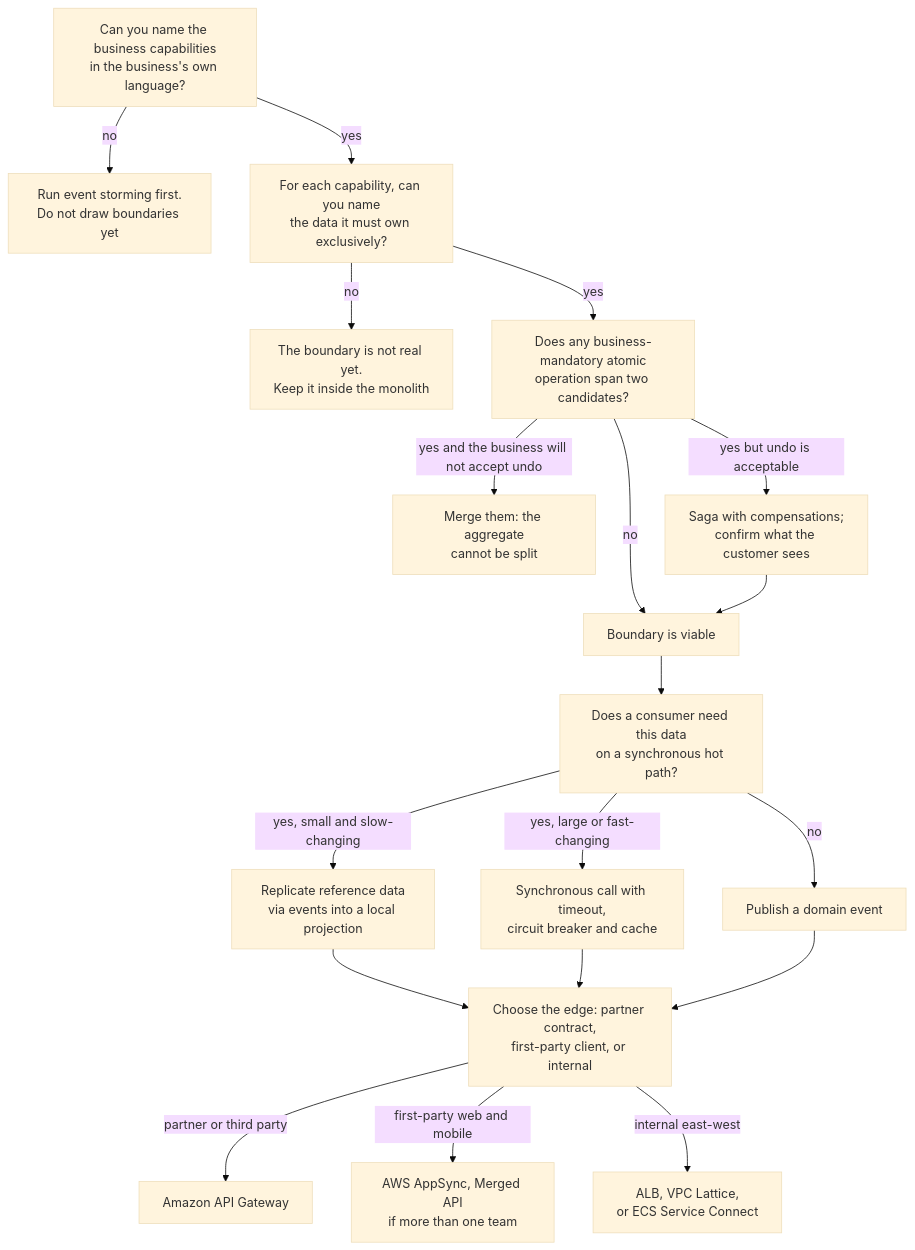
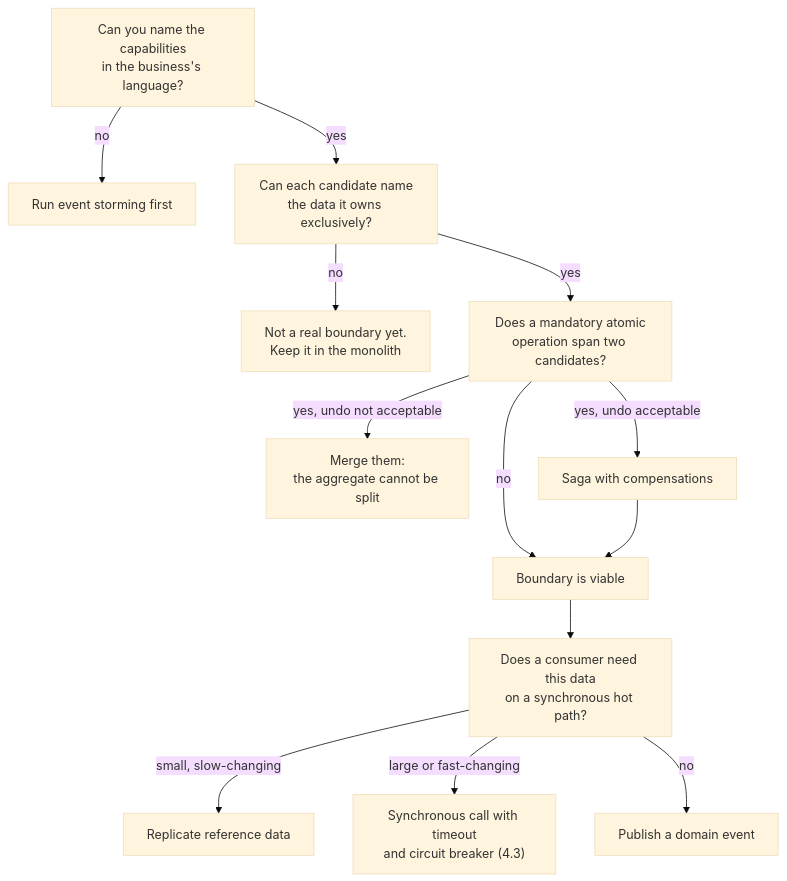
Before and after one commit to norbutlepcha25/dso303: the fifth of 6 diagrams in docs/unit4/topic1.md, drawn with Mermaid (base theme). The commit also changed other lines of this file and 12 other files, not shown here.

````diff
--- a/docs/unit4/topic1.md
+++ b/docs/unit4/topic1.md
@@ -624,21 +484,15 @@
 ```mermaid
 flowchart TD
-    A["Can you name the business capabilities<br/>in the business's own language?"] -->|"no"| B["Run event storming first.<br/>Do not draw boundaries yet"]
-    A -->|"yes"| C["For each capability, can you name<br/>the data it must own exclusively?"]
-    C -->|"no"| D["The boundary is not real yet.<br/>Keep it inside the monolith"]
-    C -->|"yes"| E["Does any business-mandatory atomic<br/>operation span two candidates?"]
-    E -->|"yes and the business will not accept undo"| F["Merge them: the aggregate<br/>cannot be split"]
-    E -->|"yes but undo is acceptable"| G["Saga with compensations;<br/>confirm what the customer sees"]
+    A["Can you name the capabilities<br/>in the business's language?"] -->|"no"| B["Run event storming first"]
+    A -->|"yes"| C["Can each candidate name<br/>the data it owns exclusively?"]
+    C -->|"no"| D["Not a real boundary yet.<br/>Keep it in the monolith"]
+    C -->|"yes"| E["Does a mandatory atomic<br/>operation span two candidates?"]
+    E -->|"yes, undo not acceptable"| F["Merge them:<br/>the aggregate cannot be split"]
+    E -->|"yes, undo acceptable"| G["Saga with compensations"]
     E -->|"no"| H["Boundary is viable"]
     G --> H
     H --> I["Does a consumer need this data<br/>on a synchronous hot path?"]
-    I -->|"yes, small and slow-changing"| J["Replicate reference data<br/>via events into a local projection"]
-    I -->|"yes, large or fast-changing"| K["Synchronous call with timeout,<br/>circuit breaker and cache"]
+    I -->|"small, slow-changing"| J["Replicate reference data"]
+    I -->|"large or fast-changing"| K["Synchronous call with timeout<br/>and circuit breaker (4.3)"]
     I -->|"no"| L["Publish a domain event"]
-    J --> M["Choose the edge: partner contract,<br/>first-party client, or internal"]
-    K --> M
-    L --> M
-    M -->|"partner or third party"| N["Amazon API Gateway"]
-    M -->|"first-party web and mobile"| O["AWS AppSync, Merged API<br/>if more than one team"]
-    M -->|"internal east-west"| P["ALB, VPC Lattice,<br/>or ECS Service Connect"]
 ```
````
